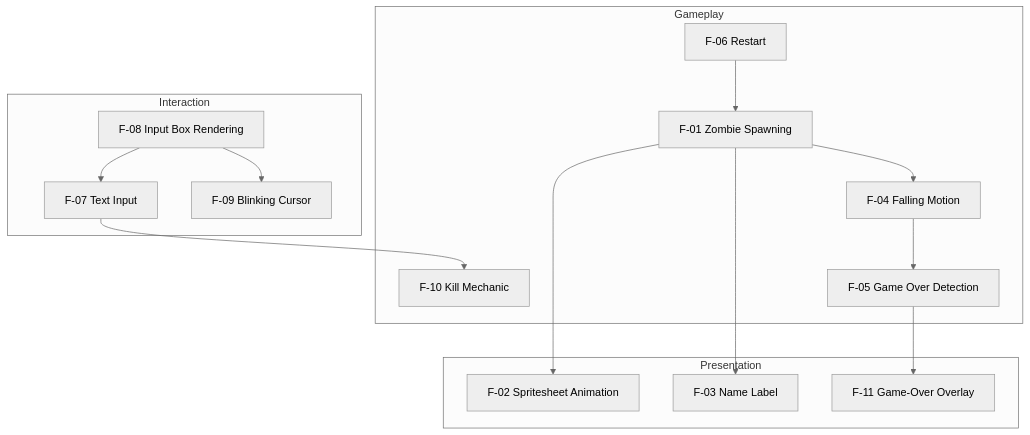
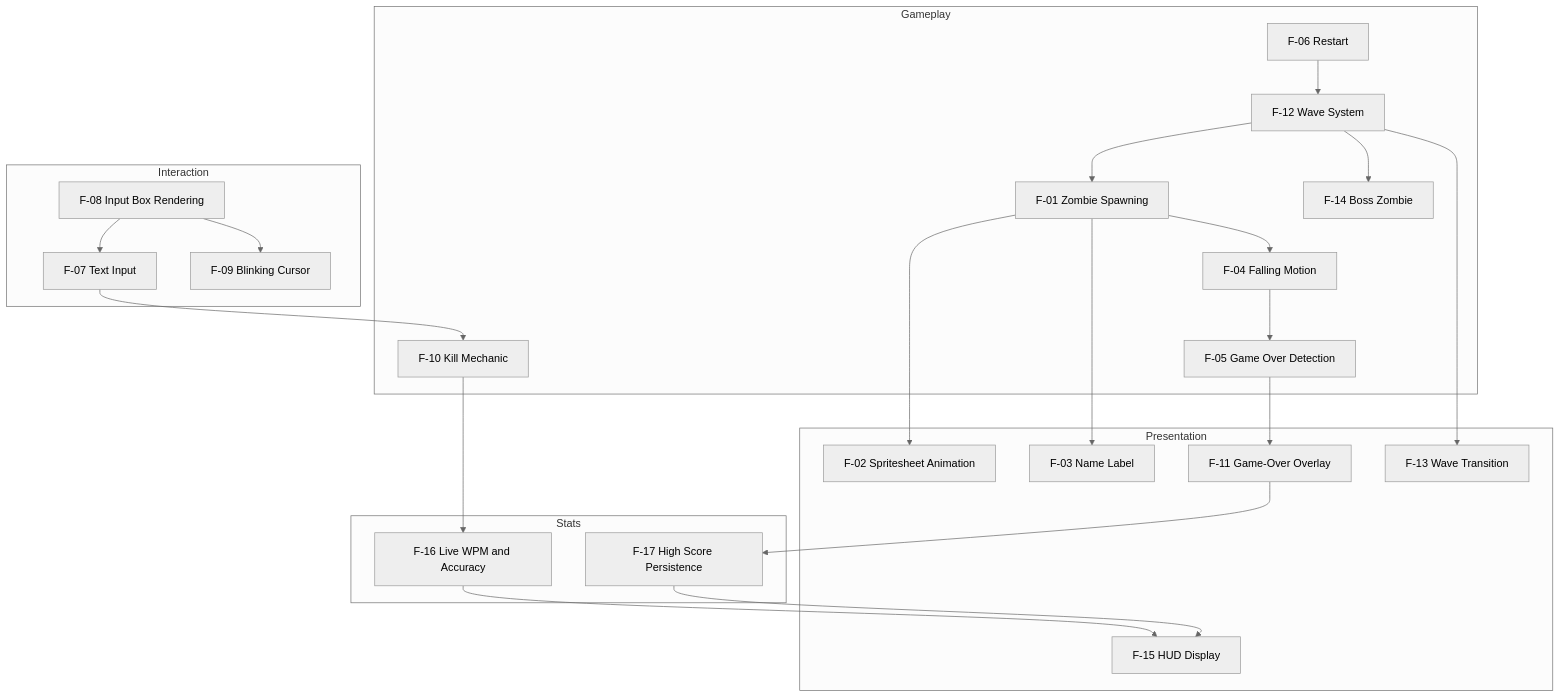
The first of 10 diagrams in specs/specifications/features.md (bfernandez31/death-note), drawn with Mermaid (neutral theme) before and after one commit. The commit also changed other lines of this file and 8 other files, not shown here.

````diff
--- a/specs/specifications/features.md
+++ b/specs/specifications/features.md
@@ -33,32 +41,48 @@
 ```mermaid
 graph TB
     subgraph Gameplay
         Spawning["F-01 Zombie Spawning"]
         Falling["F-04 Falling Motion"]
         Killing["F-10 Kill Mechanic"]
         GameOver["F-05 Game Over Detection"]
         Restart["F-06 Restart"]
+        Waves["F-12 Wave System"]
+        Boss["F-14 Boss Zombie"]
     end
 
     subgraph Presentation
         Animation["F-02 Spritesheet Animation"]
         NameLabel["F-03 Name Label"]
         GameOverOverlay["F-11 Game-Over Overlay"]
+        WaveTransition["F-13 Wave Transition"]
+        Hud["F-15 HUD Display"]
     end
 
     subgraph Interaction
         TextBox["F-08 Input Box Rendering"]
         Keyboard["F-07 Text Input"]
         BlinkingCursor["F-09 Blinking Cursor"]
     end
 
+    subgraph Stats
+        WpmAccuracy["F-16 Live WPM and Accuracy"]
+        HighScore["F-17 High Score Persistence"]
+    end
+
+    Waves --> Spawning
     Spawning --> Falling
     Falling --> GameOver
     Keyboard --> Killing
+    Killing --> WpmAccuracy
     GameOver --> GameOverOverlay
-    Restart --> Spawning
+    GameOverOverlay --> HighScore
+    Restart --> Waves
     Spawning --> Animation
     Spawning --> NameLabel
     TextBox --> Keyboard
     TextBox --> BlinkingCursor
+    Waves --> WaveTransition
+    Waves --> Boss
+    WpmAccuracy --> Hud
+    HighScore --> Hud
 ```
````
